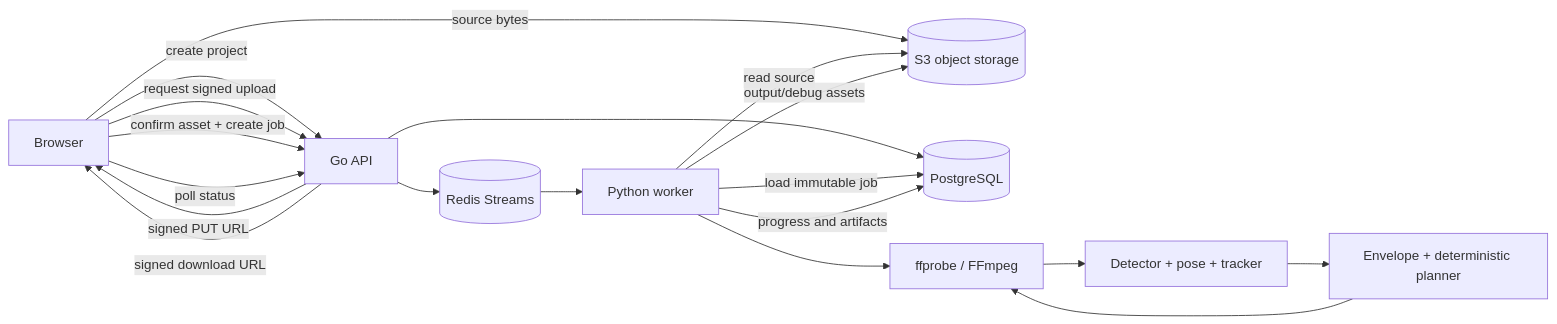
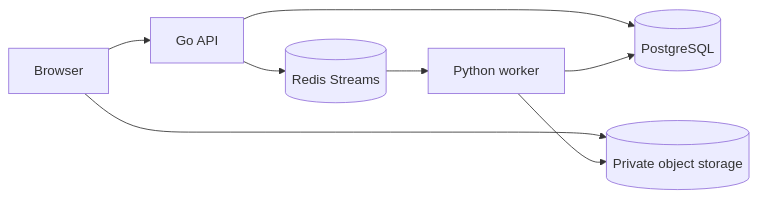
Before and after one commit to o0O96O0o/boulder-frame: the diagram in docs/architecture/service-implementation-plan.md, drawn with Mermaid. The commit also changed other lines of this file and 56 other files, not shown here.

````diff
--- a/docs/architecture/service-implementation-plan.md
+++ b/docs/architecture/service-implementation-plan.md
@@ -179,21 +14,10 @@
 ```mermaid
 flowchart LR
-    U[Browser] -->|create project| API[Go API]
-    U -->|request signed upload| API
-    API -->|signed PUT URL| U
-    U -->|source bytes| OBJ[(S3 object storage)]
-    U -->|confirm asset + create job| API
-    API --> DB[(PostgreSQL)]
-    API --> REDIS[(Redis Streams)]
-    REDIS --> WORKER[Python worker]
-    WORKER -->|load immutable job| DB
-    WORKER -->|read source| OBJ
-    WORKER --> MEDIA[ffprobe / FFmpeg]
-    MEDIA --> CV[Detector + pose + tracker]
-    CV --> PLAN[Envelope + deterministic planner]
-    PLAN --> MEDIA
-    WORKER -->|progress and artifacts| DB
-    WORKER -->|output/debug assets| OBJ
-    U -->|poll status| API
-    API -->|signed download URL| U
+  B[Browser] --> API[Go API]
+  API --> DB[(PostgreSQL)]
+  API --> Q[(Redis Streams)]
+  B --> S[(Private object storage)]
+  Q --> W[Python worker]
+  W --> S
+  W --> DB
 ```
````
